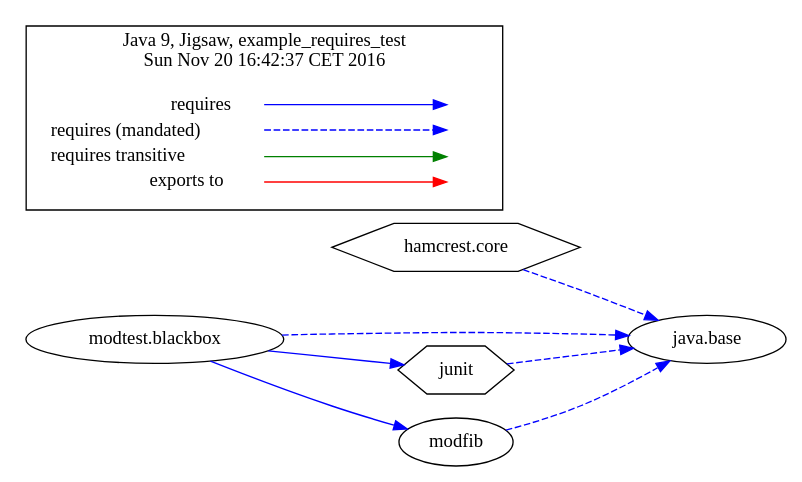
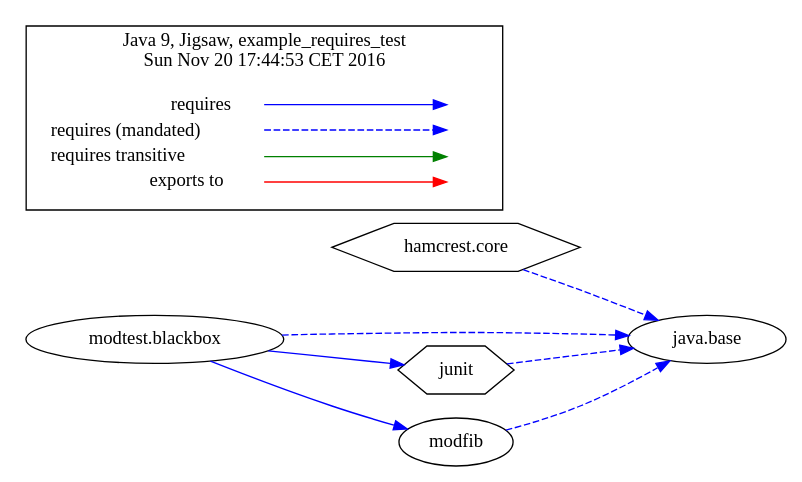
One commit to accso/java9-jigsaw-examples changed the diagram in jigsaw-examples/example_test/moduledependencies-withlegend.dot. Above: the diagram before and after it, drawn with Graphviz. The commit also changed 84 other files, not shown here.

```diff
--- a/jigsaw-examples/example_test/moduledependencies-withlegend.dot
+++ b/jigsaw-examples/example_test/moduledependencies-withlegend.dot
@@ -1,37 +1,37 @@
-# Created by depvis.JigsawDepVisualizer on Sun Nov 20 16:42:37 CET 2016
+# Created by depvis.JigsawDepVisualizer on Sun Nov 20 17:44:53 CET 2016
 digraph Java9_Dependency_Visualizer {
 hamcrest_core[fontname="Consolas",shape="hexagon",label="hamcrest.core"];
 java_base[fontname="Consolas",shape="ellipse",label="java.base"];
 junit[fontname="Consolas",shape="hexagon",label="junit"];
 modtest_blackbox[fontname="Consolas",shape="ellipse",label="modtest.blackbox"];
 modfib[fontname="Consolas",shape="ellipse",label="modfib"];
 hamcrest_core -> java_base[color="#0000ff",fontname="Consolas",fontcolor="#0000ff",style="dashed",weight="16"]
 junit -> java_base[color="#0000ff",fontname="Consolas",fontcolor="#0000ff",style="dashed",weight="16"]
 modtest_blackbox -> modfib[color="#0000ff",fontname="Consolas",fontcolor="#0000ff",weight="8"]
 modtest_blackbox -> junit[color="#0000ff",fontname="Consolas",fontcolor="#0000ff",weight="8"]
 modtest_blackbox -> java_base[color="#0000ff",fontname="Consolas",fontcolor="#0000ff",style="dashed",weight="16"]
 modfib -> java_base[color="#0000ff",fontname="Consolas",fontcolor="#0000ff",style="dashed",weight="16"]
 rankdir=LR
 node [shape=plaintext]
 subgraph cluster_01 { 
   label = "Java 9, Jigsaw, example_requires_test
-Sun Nov 20 16:42:37 CET 2016"
+Sun Nov 20 17:44:53 CET 2016"
   fontname="Consolas"
   key [label=<<table border="0" cellpadding="2" cellspacing="0" cellborder="0">
     <tr><td align="right" port="i1">requires</td></tr>
     <tr><td align="right" port="i2">requires (mandated)</td></tr>
     <tr><td align="right" port="i3">requires transitive</td></tr>
     <tr><td align="right" port="i4">exports to</td></tr>
     </table>>,fontname="Consolas"]
   key2 [label=<<table border="0" cellpadding="2" cellspacing="0" cellborder="0">
     <tr><td port="i1">&nbsp;</td></tr>
     <tr><td port="i2">&nbsp;</td></tr>
     <tr><td port="i3">&nbsp;</td></tr>
     <tr><td port="i4">&nbsp;</td></tr>
     </table>>,fontname="Consolas"]
   key:i1:e -> key2:i1:w [color=BLUE]
   key:i2:e -> key2:i2:w [color=BLUE, style=dashed]
   key:i3:e -> key2:i3:w [color=GREEN]
   key:i4:e -> key2:i4:w [color=RED]
 }
 }
```
